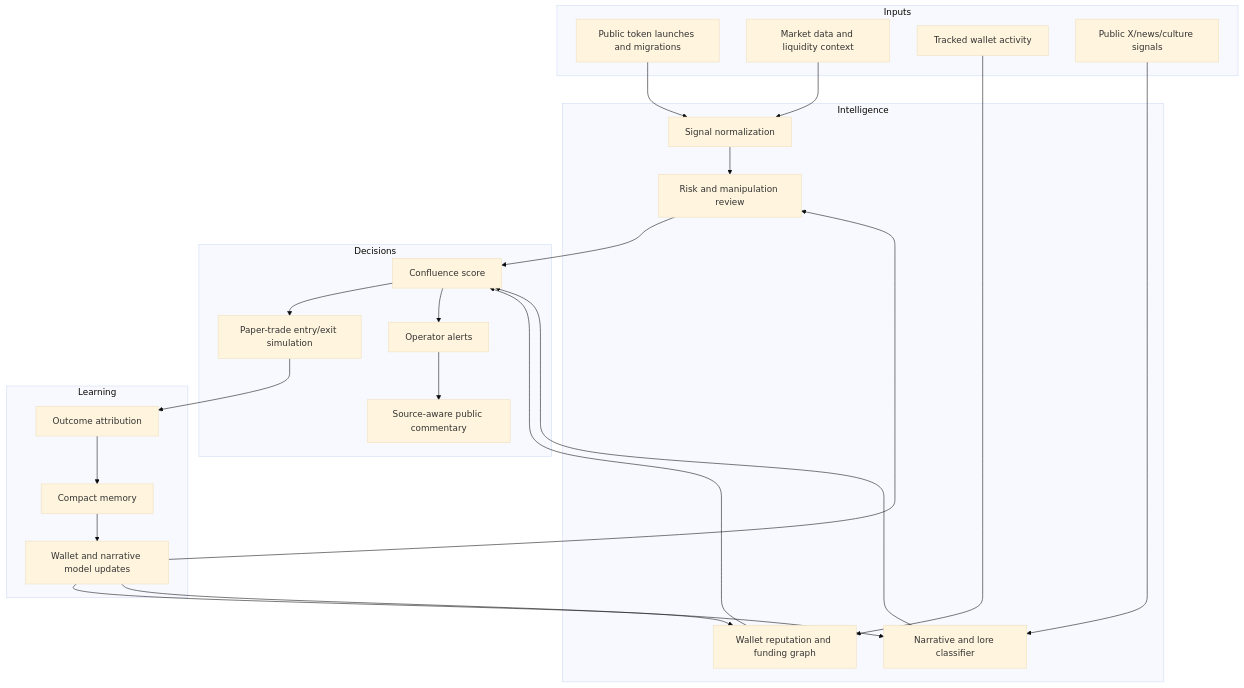
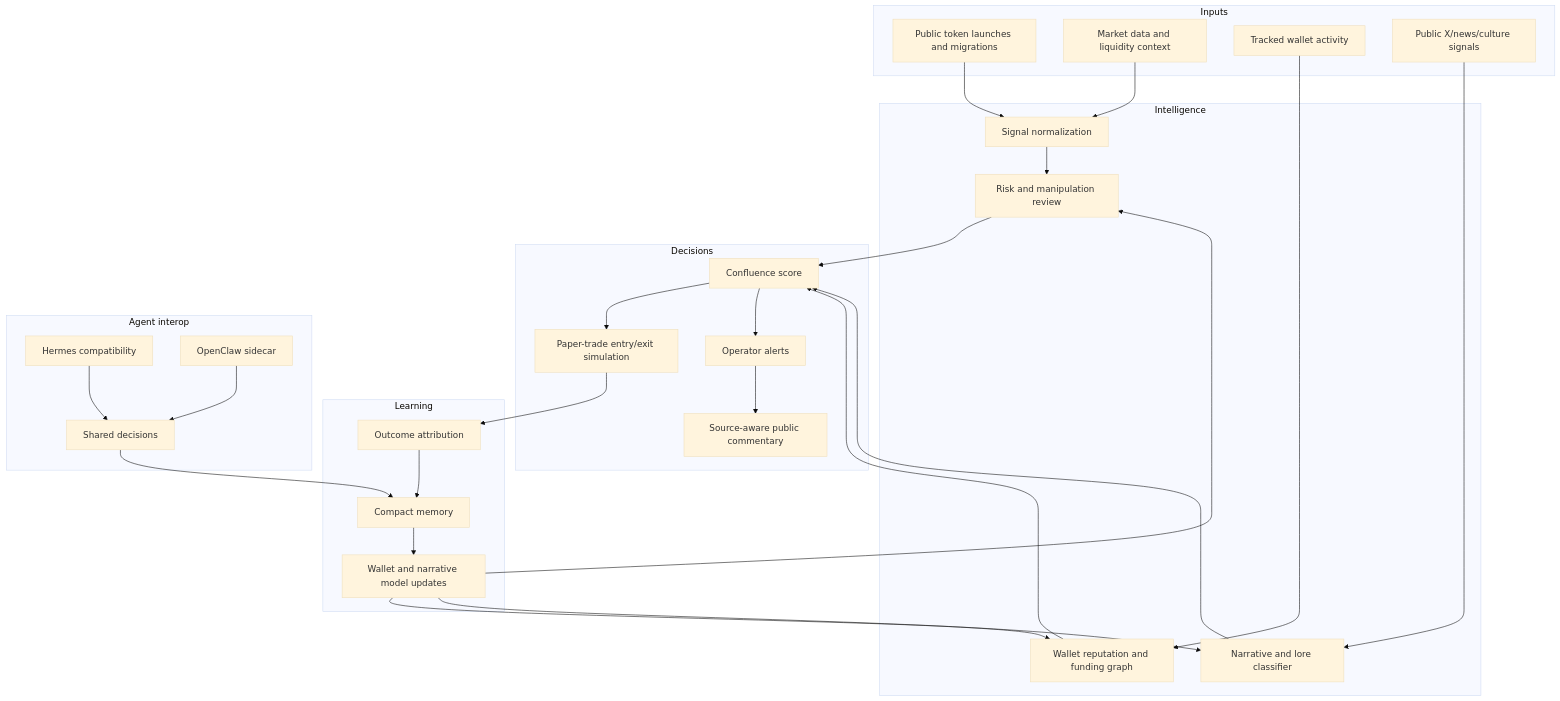
One commit to eclipseai-xx/eclipse-ai-public changed the diagram in docs/ARCHITECTURE.md. Above: the diagram before and after it, drawn with Mermaid (base theme). The commit also changed other lines of this file and 5 other files, not shown here.

Commit message:
Document Hermes and OpenClaw integrations

````diff
--- a/docs/ARCHITECTURE.md
+++ b/docs/ARCHITECTURE.md
@@ -9,47 +9,56 @@
 ```mermaid
 flowchart TD
   subgraph Inputs
     A["Public token launches and migrations"]
     B["Market data and liquidity context"]
     C["Tracked wallet activity"]
     D["Public X/news/culture signals"]
   end
 
   subgraph Intelligence
     E["Signal normalization"]
     F["Wallet reputation and funding graph"]
     G["Narrative and lore classifier"]
     H["Risk and manipulation review"]
   end
 
   subgraph Decisions
     I["Confluence score"]
     J["Paper-trade entry/exit simulation"]
     K["Operator alerts"]
     L["Source-aware public commentary"]
   end
 
   subgraph Learning
     M["Outcome attribution"]
     N["Compact memory"]
     O["Wallet and narrative model updates"]
   end
 
+  subgraph Agent_Interop["Agent interop"]
+    P["Hermes compatibility"]
+    Q["OpenClaw sidecar"]
+    R["Shared decisions"]
+  end
+
   A --> E
   B --> E
   C --> F
   D --> G
   E --> H
   F --> I
   G --> I
   H --> I
   I --> J
   I --> K
   K --> L
   J --> M
   M --> N
   N --> O
   O --> F
   O --> G
   O --> H
+  P --> R
+  Q --> R
+  R --> N
 ```
````
